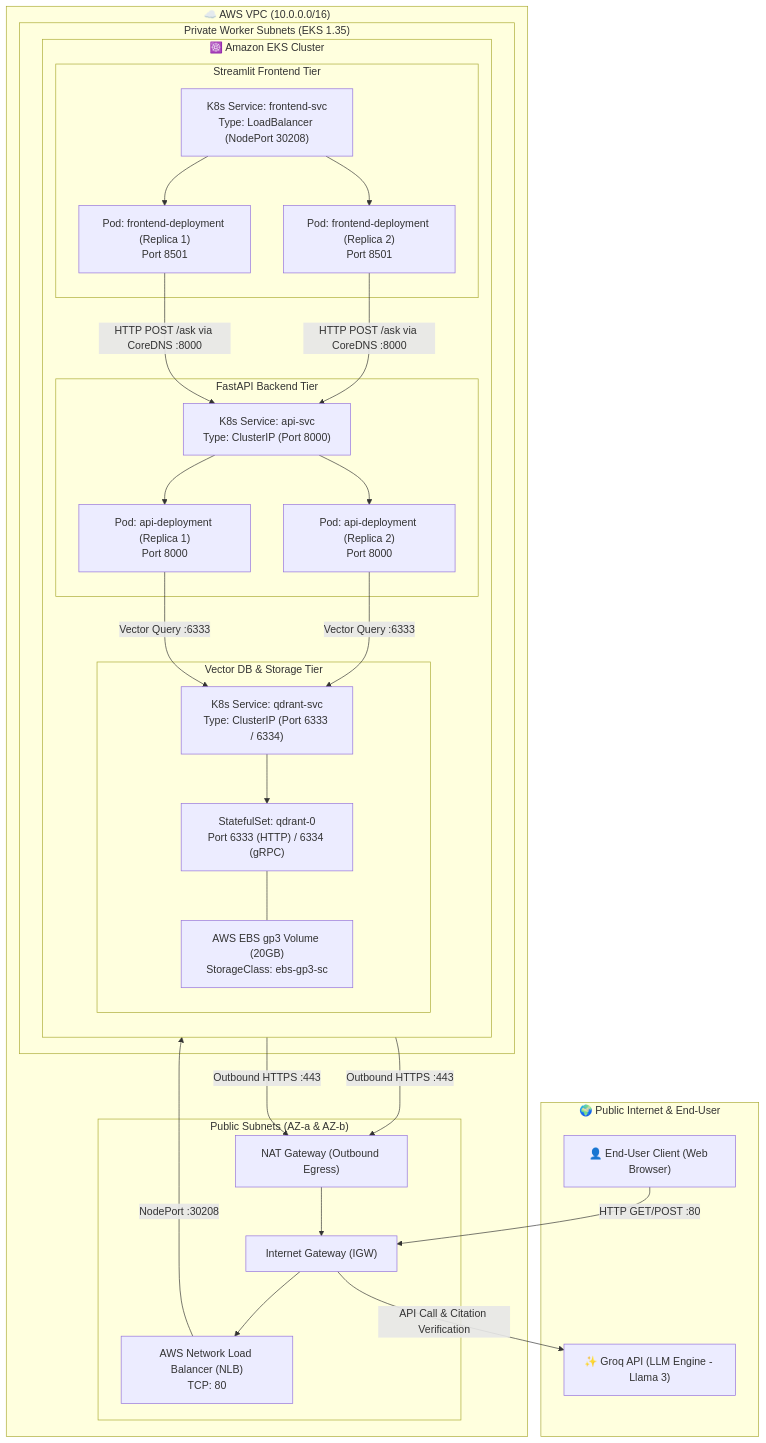
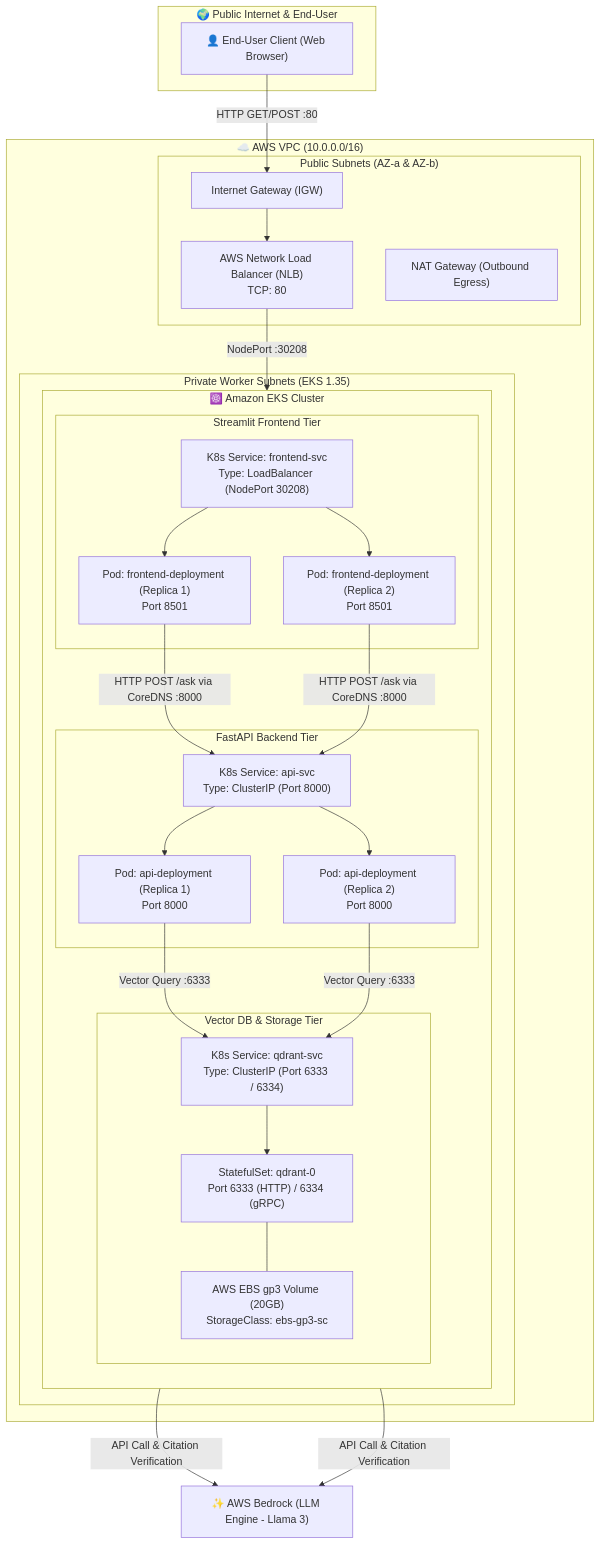
One commit to shakeer7/aain.ai changed the diagram in README.md. Above: the diagram before and after it, drawn with Mermaid. The commit also changed other lines of this file and 7 other files, not shown here.

Commit message:
feat: migrate LLM engine from Groq to AWS Bedrock

````diff
--- a/README.md
+++ b/README.md
@@ -67,59 +67,58 @@
 ```mermaid
 flowchart TD
     subgraph External_Network["🌍 Public Internet & End-User"]
         User["👤 End-User Client (Web Browser)"]
-        GroqAPI["✨ Groq API (LLM Engine - Llama 3)"]
     end
+    
+    BedrockAPI["✨ AWS Bedrock (LLM Engine - Llama 3)"]
 
     subgraph AWS_VPC["☁️ AWS VPC (10.0.0.0/16)"]
         subgraph Public_Subnets["Public Subnets (AZ-a & AZ-b)"]
             IGW["Internet Gateway (IGW)"]
             NLB["AWS Network Load Balancer (NLB)<br/>TCP: 80"]
             NAT["NAT Gateway (Outbound Egress)"]
         end
 
         subgraph Private_Subnets["Private Worker Subnets (EKS 1.35)"]
             subgraph K8s_Cluster["☸️ Amazon EKS Cluster"]
                 direction TB
                 
                 subgraph Frontend_Layer["Streamlit Frontend Tier"]
                     FE_SVC["K8s Service: frontend-svc<br/>Type: LoadBalancer (NodePort 30208)"]
                     FE_POD1["Pod: frontend-deployment (Replica 1)<br/>Port 8501"]
                     FE_POD2["Pod: frontend-deployment (Replica 2)<br/>Port 8501"]
                 end
 
                 subgraph Backend_Layer["FastAPI Backend Tier"]
                     API_SVC["K8s Service: api-svc<br/>Type: ClusterIP (Port 8000)"]
                     API_POD1["Pod: api-deployment (Replica 1)<br/>Port 8000"]
                     API_POD2["Pod: api-deployment (Replica 2)<br/>Port 8000"]
                 end
 
                 subgraph Storage_Layer["Vector DB & Storage Tier"]
                     QD_SVC["K8s Service: qdrant-svc<br/>Type: ClusterIP (Port 6333 / 6334)"]
                     QD_POD["StatefulSet: qdrant-0<br/>Port 6333 (HTTP) / 6334 (gRPC)"]
                     EBS["AWS EBS gp3 Volume (20GB)<br/>StorageClass: ebs-gp3-sc"]
                 end
             end
         end
     end
 
     %% External Traffic Ingress
     User -->|HTTP GET/POST :80| IGW
     IGW --> NLB
     NLB -->|NodePort :30208| FE_SVC
     FE_SVC --> FE_POD1 & FE_POD2
 
     %% Internal Microservice Traffic
     FE_POD1 & FE_POD2 -->|HTTP POST /ask via CoreDNS :8000| API_SVC
     API_SVC --> API_POD1 & API_POD2
 
     %% Retrieval & DB Traffic
     API_POD1 & API_POD2 -->|Vector Query :6333| QD_SVC
     QD_SVC --> QD_POD
     QD_POD --- EBS
 
     %% LLM Outbound Egress Traffic
-    API_POD1 & API_POD2 -->|Outbound HTTPS :443| NAT
-    NAT --> IGW
-    IGW -->|API Call & Citation Verification| GroqAPI
+    API_POD1 & API_POD2 -->|API Call & Citation Verification| BedrockAPI
 ```
````
